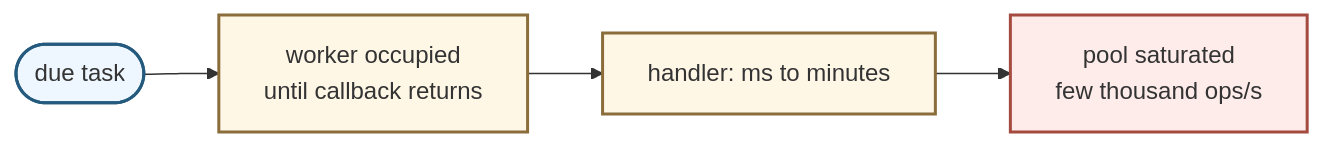
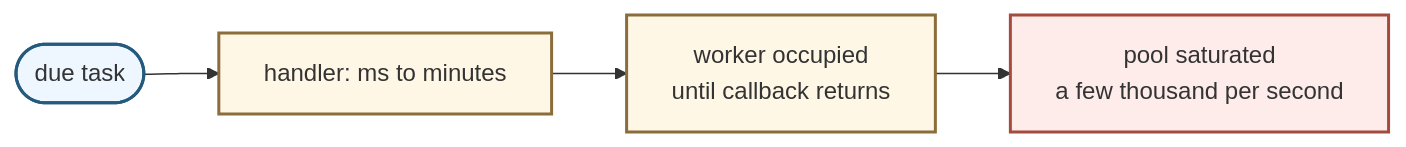
One commit to EdwardShen125/edwardshen125.github.io changed the first of 3 diagrams in source/_posts/engineering-case-study/designing-a-distributed-scheduler-handling-200k-scheduling-operations-per-second.md. Above: the diagram before and after it, drawn with Mermaid. The commit also changed other lines of this file and 6 other files, not shown here.

Commit message:
Revise scheduler case study diagrams

```diff
--- a/source/_posts/engineering-case-study/designing-a-distributed-scheduler-handling-200k-scheduling-operations-per-second.md
+++ b/source/_posts/engineering-case-study/designing-a-distributed-scheduler-handling-200k-scheduling-operations-per-second.md
@@ -33,15 +31,14 @@
 {% mermaid %}
 flowchart LR
-    D([due task]):::trigger
+    H["handler: ms to minutes"]:::pressure
     W["worker occupied<br/>until callback returns"]:::pressure
-    H["handler: ms to minutes"]:::pressure
-    S["pool saturated<br/>few thousand ops/s"]:::impact
+    S["pool saturated<br/>a few thousand per second"]:::impact
 
-    D --> W
-    W --> H
-    H --> S
+    D([due task]):::trigger --> H
+    H --> W
+    W --> S
 
     classDef trigger fill:#eef7ff,stroke:#245a7d,stroke-width:2px;
     classDef pressure fill:#fff7e6,stroke:#8a6d3b,stroke-width:2px;
     classDef impact fill:#fdecea,stroke:#a44a3f,stroke-width:2px;
 {% endmermaid %}
```
